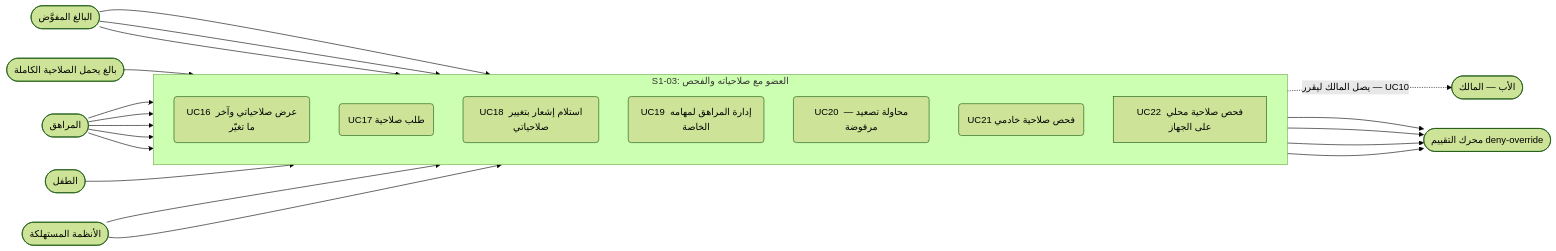
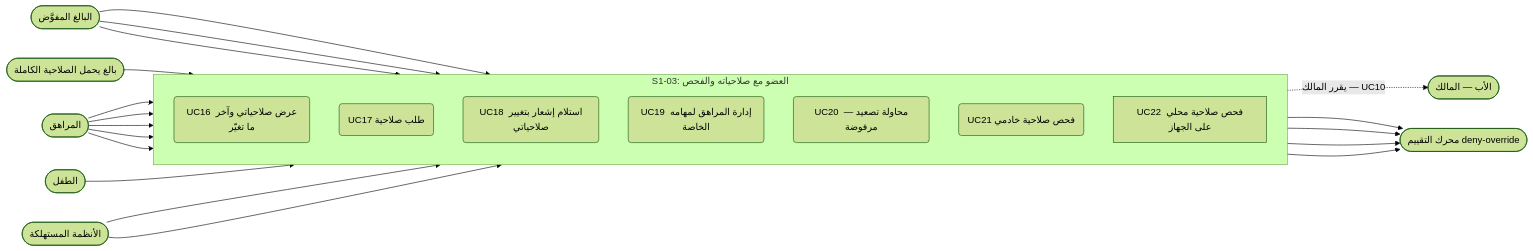
The third of 40 diagrams in docs/family-os/governance/phases/phase-1/S1-03-family-roles-and-permissions/DIAGRAMS.md (Bassam-mohammed-alqaeadi/family-os-v2), drawn with Mermaid (forest theme) before and after one commit. The commit also changed other lines of this file, not shown here.

````diff
--- a/docs/family-os/governance/phases/phase-1/S1-03-family-roles-and-permissions/DIAGRAMS.md
+++ b/docs/family-os/governance/phases/phase-1/S1-03-family-roles-and-permissions/DIAGRAMS.md
@@ -106,39 +110,39 @@
 ```mermaid
 flowchart LR
     Adult([البالغ المفوَّض])
     Holder([بالغ يحمل الصلاحية الكاملة])
     Teen([المراهق])
     Child([الطفل])
     Consumers([الأنظمة المستهلكة])
     Father([الأب — المالك])
     Eval([محرك التقييم deny-override])
 
     subgraph S103C [S1-03: العضو مع صلاحياته والفحص]
         direction TB
         UC16(UC16 عرض صلاحياتي وآخر ما تغيّر)
         UC17(UC17 طلب صلاحية)
         UC18(UC18 استلام إشعار بتغيير صلاحياتي)
         UC19(UC19 إدارة المراهق لمهامه الخاصة)
         UC20(UC20 محاولة تصعيد — مرفوضة)
         UC21(UC21 فحص صلاحية خادمي)
         UC22["UC22 فحص صلاحية محلي على الجهاز"]
     end
 
     Adult --> UC16
     Adult --> UC17
     Adult --> UC18
     Holder --> UC18
     Teen --> UC16
     Teen --> UC17
     Teen --> UC18
     Teen --> UC19
     Teen --> UC20
     Child --> UC20
     Consumers --> UC21
     Consumers --> UC22
-    UC17 -.->|يصل المالك ليقرر — UC10| Father
+    UC17 -.->|يقرر المالك — UC10| Father
     UC19 --> Eval
     UC20 --> Eval
     UC21 --> Eval
     UC22 --> Eval
 ```
````
